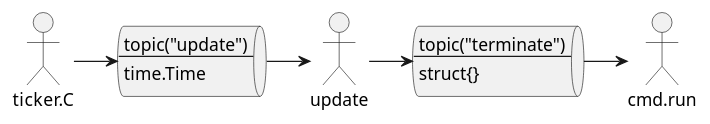
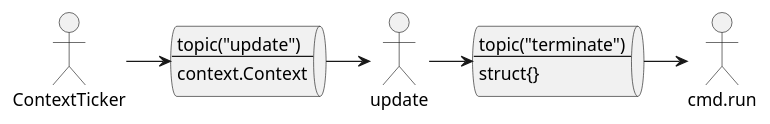
The diagram in application/run/dataflow.puml (michilu/boilerplate), drawn with PlantUML before and after one commit. The commit also changed 42 other files, not shown here.

```diff
--- a/application/run/dataflow.puml
+++ b/application/run/dataflow.puml
@@ -1,21 +1,21 @@
 @startuml
 
-queue update..time.Time[
+queue update..context[
 topic("update")
 --
-time.Time
+context.Context
 ]
 
 queue update..struct[
 topic("terminate")
 --
 struct{}
 ]
 
 actor cmd.run
-ticker.C->update..time.Time
-update..time.Time->update
+ContextTicker->update..context
+update..context->update
 update->update..struct
 update..struct->cmd.run
 
 @enduml
```
